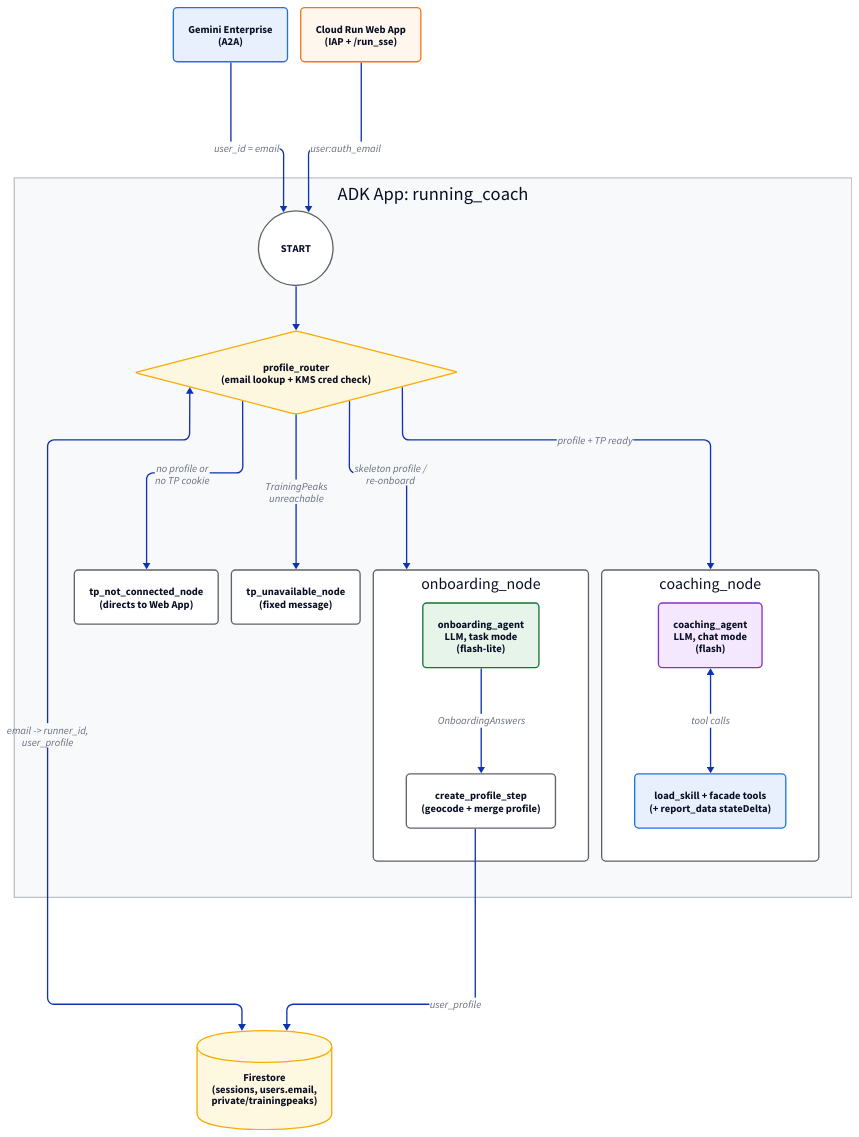
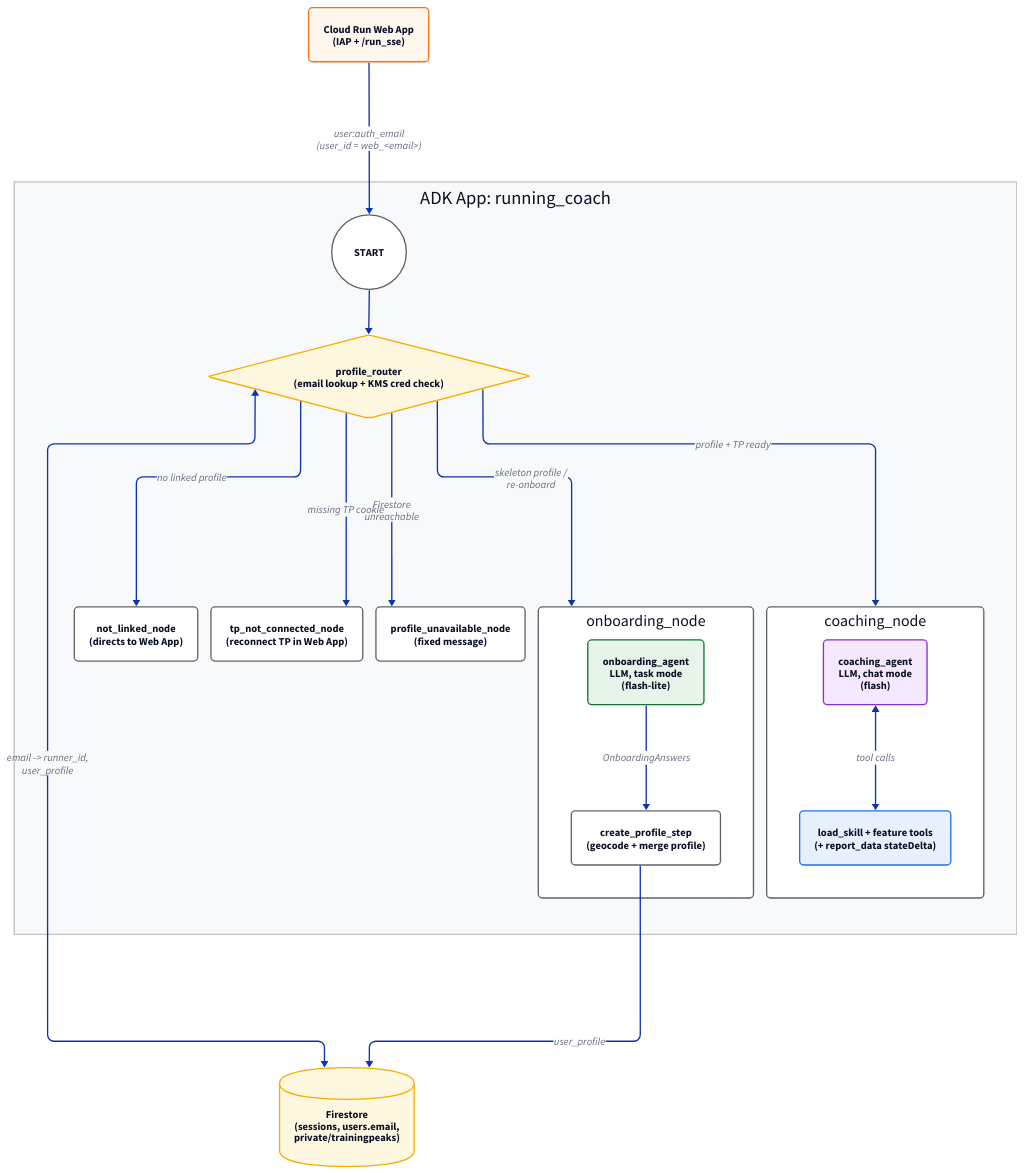
One commit to cy-visser/runningagent changed the diagram in docs/diagrams/02_adk_workflow.d2. Above: the diagram before and after it, drawn with D2. The commit also changed 11 other files, not shown here.

Commit message:
Phase 7: update docs and regenerate D2 architecture diagrams

```diff
--- a/docs/diagrams/02_adk_workflow.d2
+++ b/docs/diagrams/02_adk_workflow.d2
@@ -1,57 +1,57 @@
 direction: down
 
 vars: {
   d2-config: {
     layout-engine: elk
   }
 }
 
 classes: {
   compute: {style.fill: "#e8f0fe"; style.stroke: "#1a73e8"; style.border-radius: 6}
   web: {style.fill: "#fff7ed"; style.stroke: "#f97316"; style.border-radius: 6}
   ai: {style.fill: "#e6f4ea"; style.stroke: "#137333"; style.border-radius: 6}
   det: {style.fill: "#ffffff"; style.stroke: "#5f6368"; style.border-radius: 6}
   data: {shape: cylinder; style.fill: "#fff8e1"; style.stroke: "#f9ab00"}
   core: {style.fill: "#f3e8fd"; style.stroke: "#8430ce"; style.border-radius: 6; style.bold: true}
   decision: {shape: diamond; style.fill: "#fef7e0"; style.stroke: "#f9ab00"}
 }
 
-ge_client: "Gemini Enterprise\n(A2A)" {class: compute}
 web_client: "Cloud Run Web App\n(IAP + /run_sse)" {class: web}
 session: "Firestore\n(sessions, users.email,\nprivate/trainingpeaks)" {class: data}
 
 app: "ADK App: running_coach" {
   style.fill: "#f8f9fa"
   style.stroke: "#bdc1c6"
 
   start: "START" {shape: circle; class: det}
   router: "profile_router\n(email lookup + KMS cred check)" {class: decision}
 
-  not_connected: "tp_not_connected_node\n(directs to Web App)" {class: det}
-  unavailable: "tp_unavailable_node\n(fixed message)" {class: det}
+  not_linked: "not_linked_node\n(directs to Web App)" {class: det}
+  not_connected: "tp_not_connected_node\n(reconnect TP in Web App)" {class: det}
+  unavailable: "profile_unavailable_node\n(fixed message)" {class: det}
 
   onboarding: "onboarding_node" {
     class: det
     agent: "onboarding_agent\nLLM, task mode\n(flash-lite)" {class: ai}
     save: "create_profile_step\n(geocode + merge profile)" {class: det}
     agent -> save: "OnboardingAnswers"
   }
 
   coaching: "coaching_node" {
     class: det
     agent: "coaching_agent\nLLM, chat mode\n(flash)" {class: core}
-    tools: "load_skill + facade tools\n(+ report_data stateDelta)" {class: compute}
+    tools: "load_skill + feature tools\n(+ report_data stateDelta)" {class: compute}
     agent <-> tools: "tool calls"
   }
 
   start -> router
-  router -> not_connected: "no profile or\nno TP cookie"
+  router -> not_linked: "no linked profile"
+  router -> not_connected: "missing TP cookie"
   router -> onboarding: "skeleton profile /\nre-onboard"
   router -> coaching: "profile + TP ready"
-  router -> unavailable: "TrainingPeaks\nunreachable"
+  router -> unavailable: "Firestore\nunreachable"
 }
 
-ge_client -> app.start: "user_id = email"
-web_client -> app.start: "user:auth_email"
+web_client -> app.start: "user:auth_email\n(user_id = web_<email>)"
 app.router <-> session: "email -> runner_id,\nuser_profile"
 app.onboarding.save -> session: "user_profile"
```
